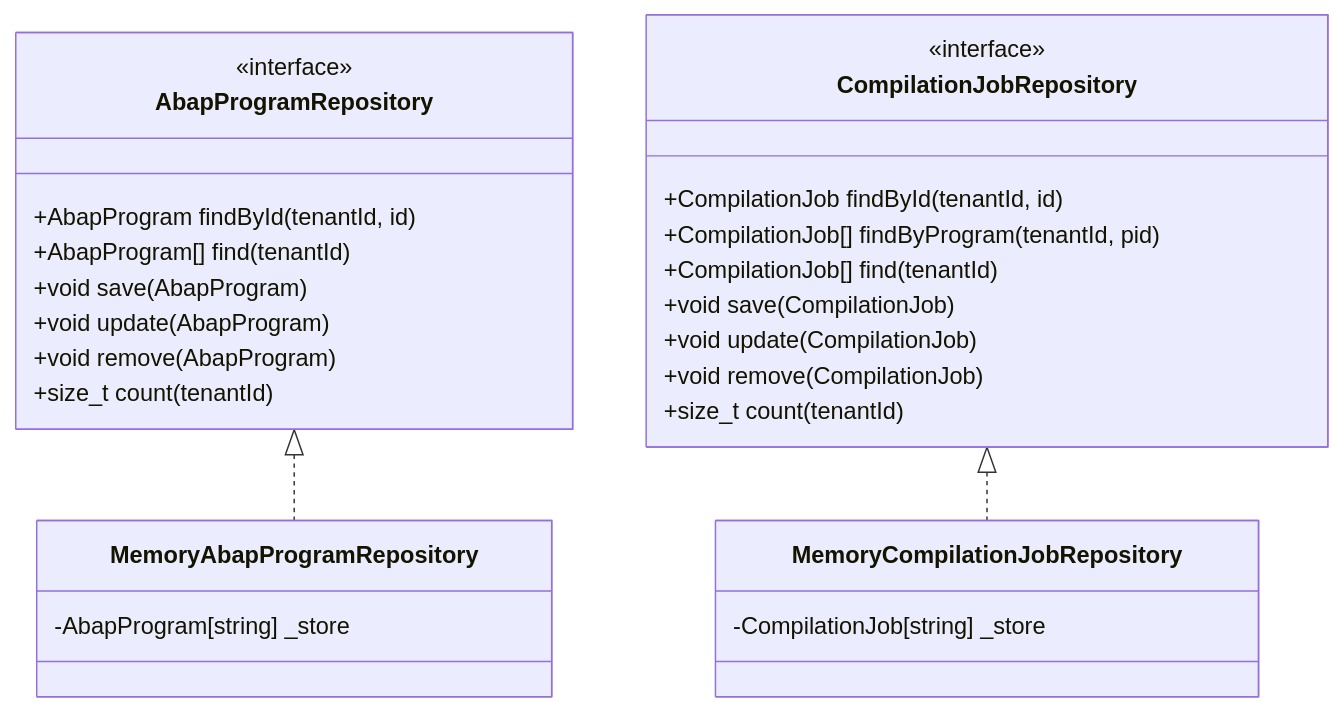
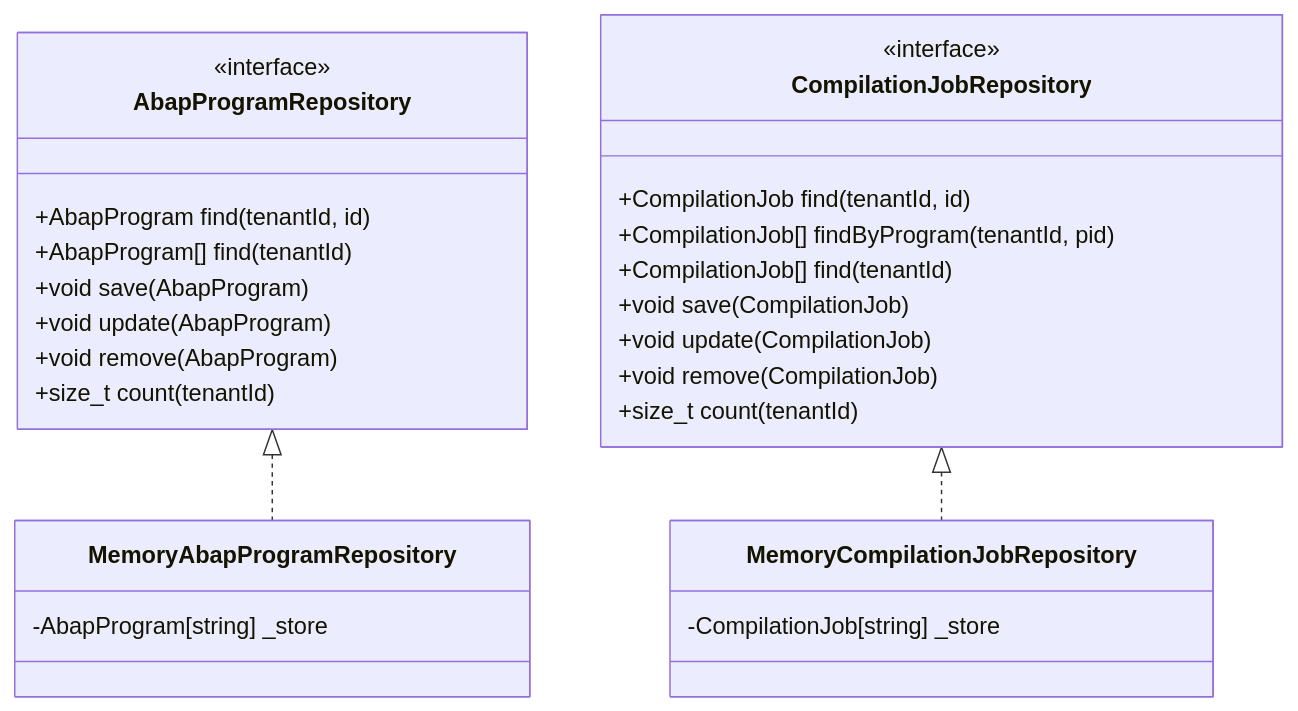
The fourth of 8 diagrams in abap-compiler/UML.md (UIMSolutions/uim-platform), drawn with Mermaid before and after one commit. The commit also changed 501 other files, not shown here.

````diff
--- a/abap-compiler/UML.md
+++ b/abap-compiler/UML.md
@@ -147,34 +147,34 @@
 ```mermaid
 classDiagram
     class AbapProgramRepository {
         <<interface>>
-        +AbapProgram findById(tenantId, id)
+        +AbapProgram find(tenantId, id)
         +AbapProgram[] find(tenantId)
         +void save(AbapProgram)
         +void update(AbapProgram)
         +void remove(AbapProgram)
         +size_t count(tenantId)
     }
 
     class CompilationJobRepository {
         <<interface>>
-        +CompilationJob findById(tenantId, id)
+        +CompilationJob find(tenantId, id)
         +CompilationJob[] findByProgram(tenantId, pid)
         +CompilationJob[] find(tenantId)
         +void save(CompilationJob)
         +void update(CompilationJob)
         +void remove(CompilationJob)
         +size_t count(tenantId)
     }
 
     class MemoryAbapProgramRepository {
         -AbapProgram[string] _store
     }
 
     class MemoryCompilationJobRepository {
         -CompilationJob[string] _store
     }
 
     AbapProgramRepository <|.. MemoryAbapProgramRepository
     CompilationJobRepository <|.. MemoryCompilationJobRepository
 ```
````
